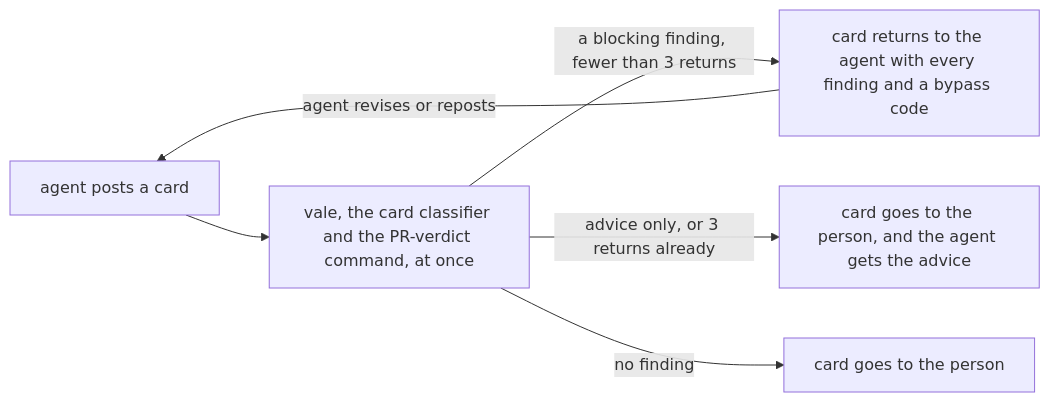
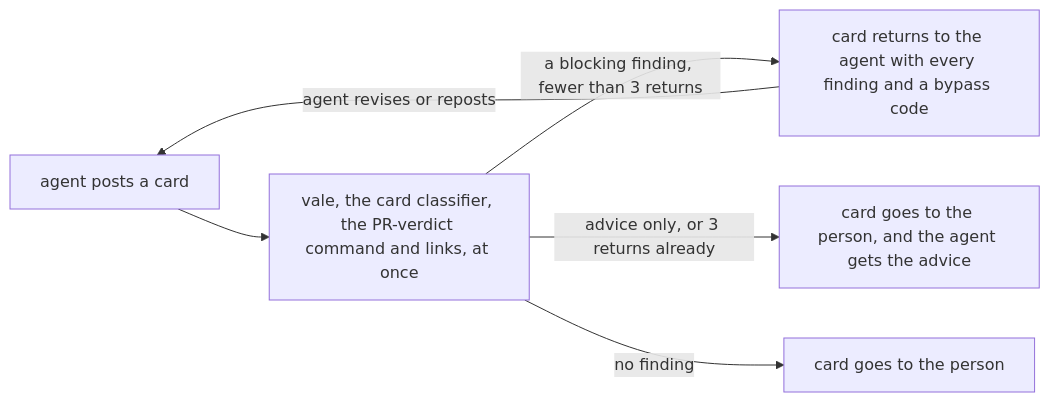
One commit to elecnix/your-attention changed the diagram in examples/triage-agent/README.md. Above: the diagram before and after it, drawn with Mermaid. The commit also changed other lines of this file and 28 other files, not shown here.

````diff
--- a/examples/triage-agent/README.md
+++ b/examples/triage-agent/README.md
@@ -5,8 +5,8 @@
 ```mermaid
 flowchart LR
-  A["agent posts a card"] --> B["vale, the card classifier and the PR-verdict command, at once"]
+  A["agent posts a card"] --> B["vale, the card classifier, the PR-verdict command and links, at once"]
   B -- "a blocking finding, fewer than 3 returns" --> R["card returns to the agent with every finding and a bypass code"]
   B -- "advice only, or 3 returns already" --> V["card goes to the person, and the agent gets the advice"]
   B -- "no finding" --> P["card goes to the person"]
   R -- "agent revises or reposts" --> A
 ```
````
